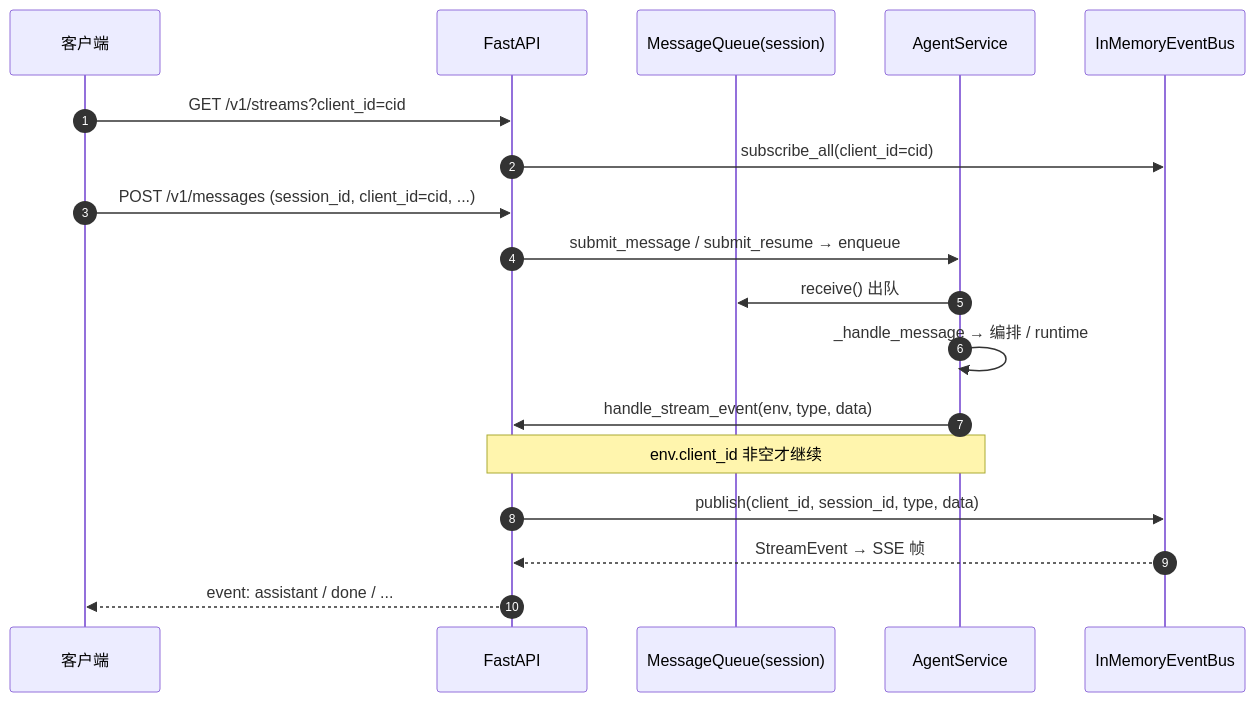
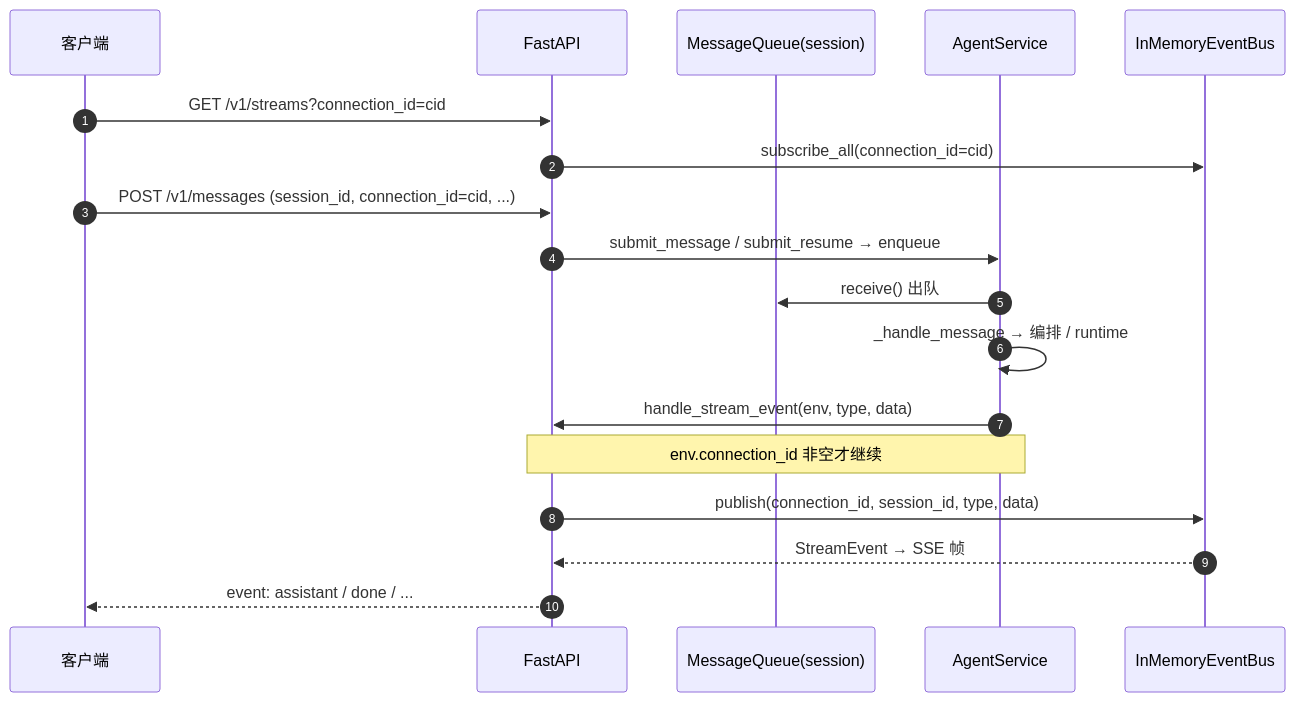
Before and after one commit to DGS-ai-team/DAgents: the sixth of 6 diagrams in docs/agent-input-output.md, drawn with Mermaid. The commit also changed other lines of this file and 248 other files, not shown here.

````diff
--- a/docs/agent-input-output.md
+++ b/docs/agent-input-output.md
@@ -367,23 +367,23 @@
 ```mermaid
 sequenceDiagram
     autonumber
     participant C as 客户端
     participant API as FastAPI
     participant Q as MessageQueue(session)
     participant S as AgentService
     participant BUS as InMemoryEventBus
 
-    C->>API: GET /v1/streams?client_id=cid
-    API->>BUS: subscribe_all(client_id=cid)
+    C->>API: GET /v1/streams?connection_id=cid
+    API->>BUS: subscribe_all(connection_id=cid)
 
-    C->>API: POST /v1/messages (session_id, client_id=cid, ...)
+    C->>API: POST /v1/messages (session_id, connection_id=cid, ...)
     API->>S: submit_message / submit_resume → enqueue
 
     S->>Q: receive() 出队
     S->>S: _handle_message → 编排 / runtime
     S->>API: handle_stream_event(env, type, data)
-    Note over S,API: env.client_id 非空才继续
-    API->>BUS: publish(client_id, session_id, type, data)
+    Note over S,API: env.connection_id 非空才继续
+    API->>BUS: publish(connection_id, session_id, type, data)
     BUS-->>API: StreamEvent → SSE 帧
     API-->>C: event: assistant / done / ...
 ```
````
